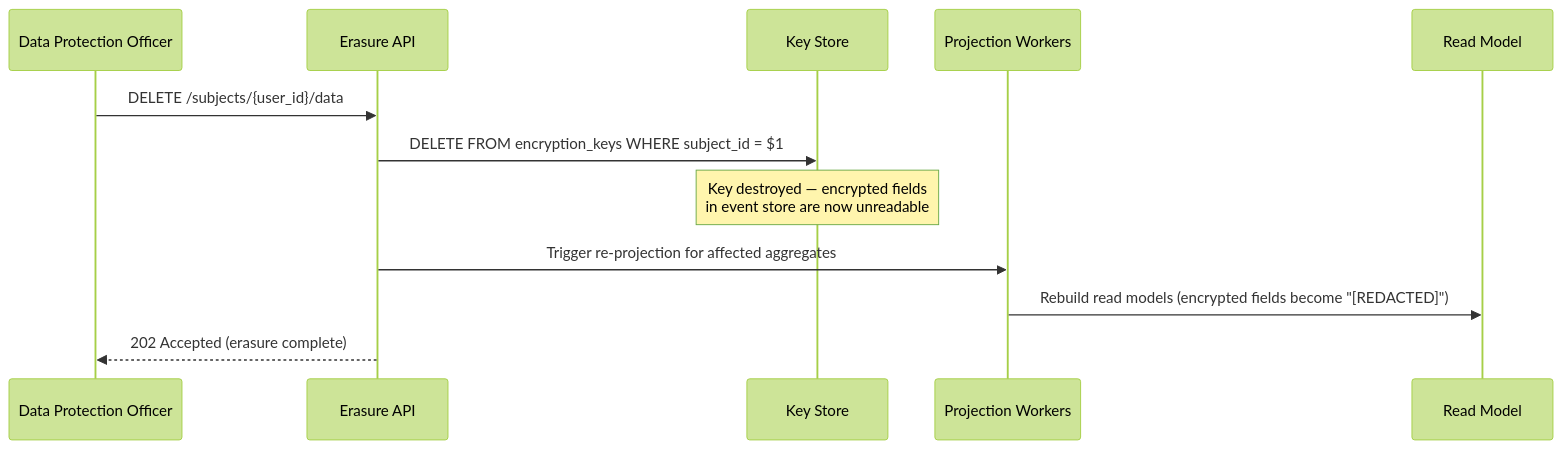
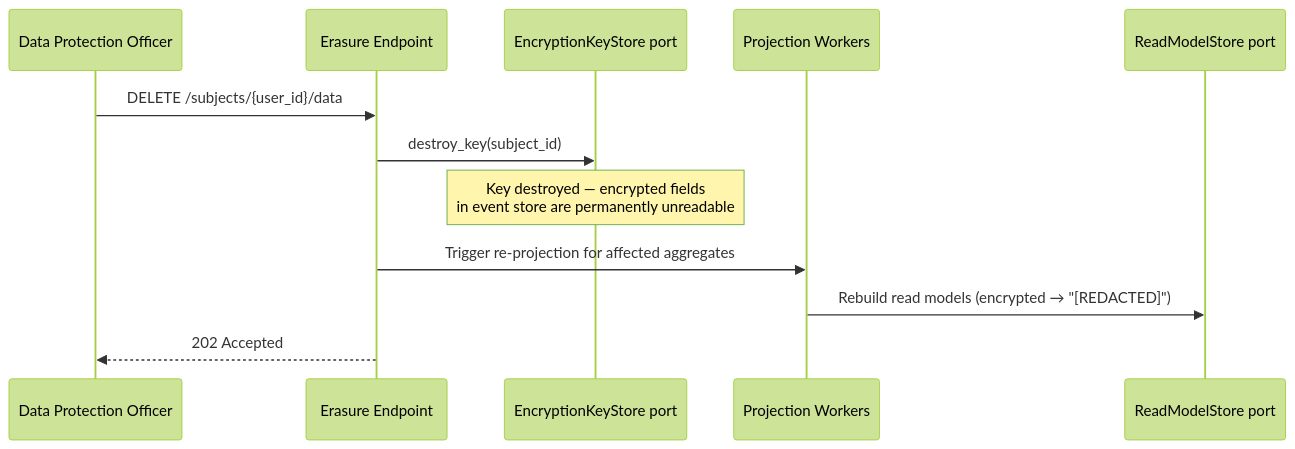
Before and after one commit to hlop3z/claude-ai-dangerous: diagram 11 of 17 in .claude/.notes/Event-Driven-System.md, drawn with Mermaid (forest theme). The commit also changed other lines of this file, not shown here.

````diff
--- a/.claude/.notes/Event-Driven-System.md
+++ b/.claude/.notes/Event-Driven-System.md
@@ -1484,15 +1664,15 @@
 ```mermaid
 sequenceDiagram
     participant DPO as Data Protection Officer
-    participant API as Erasure API
-    participant KS as Key Store
+    participant API as Erasure Endpoint
+    participant EKS as EncryptionKeyStore port
     participant PW as Projection Workers
-    participant RM as Read Model
+    participant RM as ReadModelStore port
 
     DPO->>API: DELETE /subjects/{user_id}/data
-    API->>KS: DELETE FROM encryption_keys WHERE subject_id = $1
-    Note over KS: Key destroyed — encrypted fields<br/>in event store are now unreadable
+    API->>EKS: destroy_key(subject_id)
+    Note over EKS: Key destroyed — encrypted fields<br/>in event store are permanently unreadable
     API->>PW: Trigger re-projection for affected aggregates
-    PW->>RM: Rebuild read models (encrypted fields become "[REDACTED]")
-    API-->>DPO: 202 Accepted (erasure complete)
+    PW->>RM: Rebuild read models (encrypted → "[REDACTED]")
+    API-->>DPO: 202 Accepted
 ```
````
